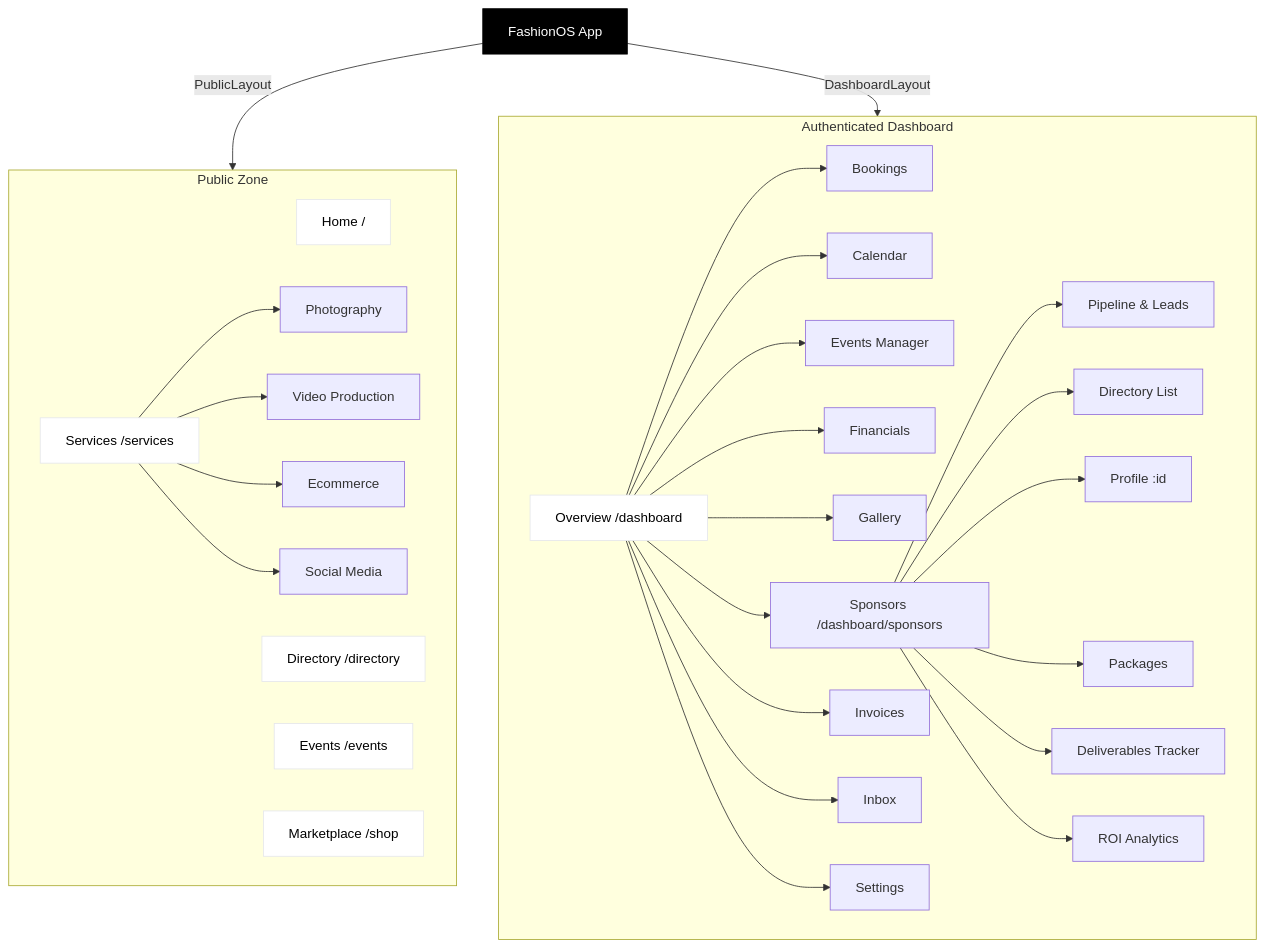
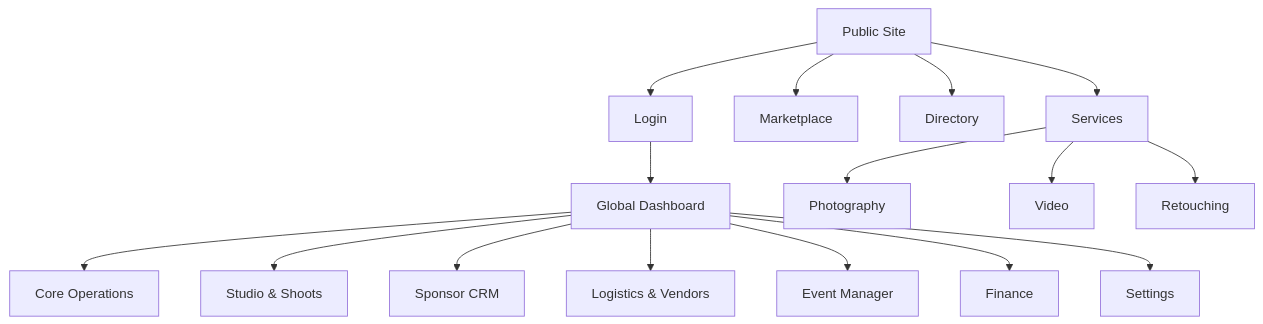
The first of 3 diagrams in docs/sitemap.md (amo-tech-ai/fashionos100), drawn with Mermaid before and after one commit. The commit also changed other lines of this file and 43 other files, not shown here.

````diff
--- a/docs/sitemap.md
+++ b/docs/sitemap.md
@@ -6,52 +89,21 @@
 ```mermaid
 graph TD
-    Root[FashionOS App]
-    
-    %% Public Zone
-    Root -->|PublicLayout| Public
-    subgraph Public [Public Zone]
-        Home[Home /]
-        Dir[Directory /directory]
-        Evt[Events /events]
-        Shop[Marketplace /shop]
-        
-        Svc[Services /services]
-        Svc --> SvcPhoto[Photography]
-        Svc --> SvcVideo[Video Production]
-        Svc --> SvcEcomm[Ecommerce]
-        Svc --> SvcSocial[Social Media]
-    end
+  Public[Public Site] --> Services
+  Public --> Marketplace
+  Public --> Directory
+  Public --> Login
 
-    %% Dashboard Zone
-    Root -->|DashboardLayout| Private
-    subgraph Private [Authenticated Dashboard]
-        Dash[Overview /dashboard]
-        
-        %% Core Modules
-        Dash --> D_Book[Bookings]
-        Dash --> D_Cal[Calendar]
-        Dash --> D_Evt[Events Manager]
-        Dash --> D_Fin[Financials]
-        Dash --> D_Gal[Gallery]
-        
-        %% Sponsor CRM Module
-        Dash --> Sponsor[Sponsors /dashboard/sponsors]
-        Sponsor --> Sp_Pipe[Pipeline & Leads]
-        Sponsor --> Sp_List[Directory List]
-        Sponsor --> Sp_Detail[Profile :id]
-        Sponsor --> Sp_Pack[Packages]
-        Sponsor --> Sp_Deliv[Deliverables Tracker]
-        Sponsor --> Sp_ROI[ROI Analytics]
-        
-        %% Secondary Modules
-        Dash --> D_Inv[Invoices]
-        Dash --> D_Msg[Inbox]
-        Dash --> D_Set[Settings]
-    end
-    
-    %% Style
-    classDef primary fill:#000,stroke:#000,color:#fff;
-    classDef secondary fill:#fff,stroke:#e5e7eb,color:#000;
-    class Root primary;
-    class Home,Svc,Dir,Evt,Shop,Dash secondary;
+  Login --> Dashboard[Global Dashboard]
+  
+  Dashboard --> Core[Core Operations]
+  Dashboard --> Studio[Studio & Shoots]
+  Dashboard --> CRM[Sponsor CRM]
+  Dashboard --> Logistics[Logistics & Vendors]
+  Dashboard --> Events[Event Manager]
+  Dashboard --> Finance[Finance]
+  Dashboard --> Settings[Settings]
+
+  Services --> Photo[Photography]
+  Services --> Video[Video]
+  Services --> Retouch[Retouching]
 ```
````
